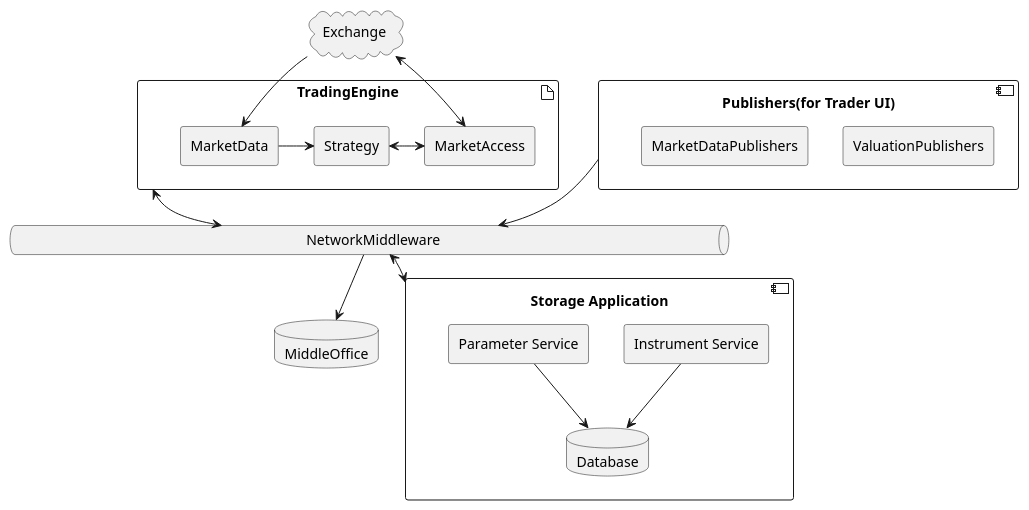
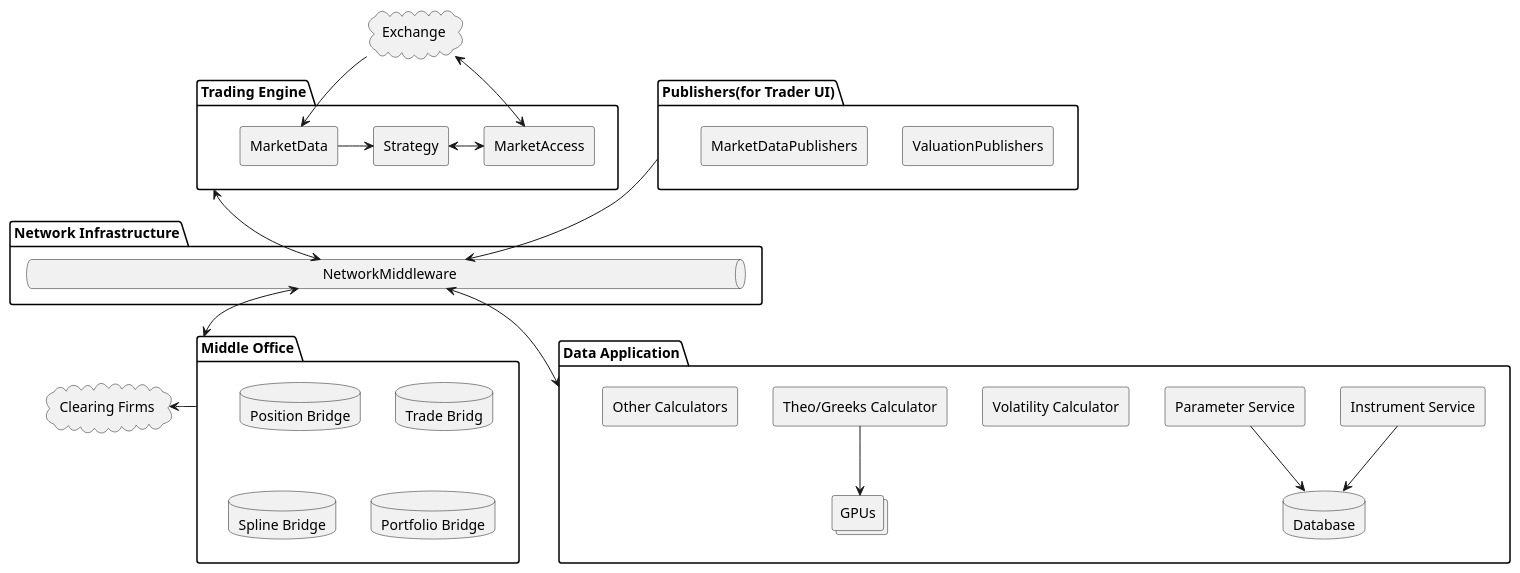
Before and after one commit to zhanghaowx/blog-escape: the diagram in assets/images/posts/2023-02-10-trading-platform-architecture-review/high-level-overview.plantuml, drawn with PlantUML. The commit also changed 4 other files, not shown here.

Commit message:
Update post draft "trading platform architecture review"

```diff
--- a/assets/images/posts/2023-02-10-trading-platform-architecture-review/high-level-overview.plantuml
+++ b/assets/images/posts/2023-02-10-trading-platform-architecture-review/high-level-overview.plantuml
@@ -1,39 +1,54 @@
 @startuml
 
 cloud Exchange
 
-artifact TradingEngine {
+package "Trading Engine" as TradingEngine {
   rectangle MarketAccess
   rectangle MarketData
   Rectangle Strategy
   
   MarketData -> Strategy
   Strategy <-> MarketAccess
   MarketAccess <-u-> Exchange
   MarketData <- Exchange
 }
 
-component "Publishers(for Trader UI)" as Publishers {
+package "Publishers(for Trader UI)" as Publishers {
   rectangle ValuationPublishers
   rectangle MarketDataPublishers
 }
 
-queue "\t\t\t\t\t\t\t\t\t\tNetworkMiddleware\t\t\t\t\t\t\t\t\t\t" as NetworkMiddleware
+package "Network Infrastructure" as NetworkInfrastructure {
+  queue "\t\t\t\t\t\t\t\t\t\tNetworkMiddleware\t\t\t\t\t\t\t\t\t\t" as NetworkMiddleware
+}
 
-component "Storage Application" as Database {
+package "Data Application" as Database {
   rectangle "Instrument Service" as InstrumentService
   rectangle "Parameter Service" as ParameterService
   database "Database" as DB
-  
+  rectangle "Volatility Calculator" as VolCalc
+  rectangle "Theo/Greeks Calculator" as TheoCalc
+  rectangle "Other Calculators" as OtherCalc
+  collections "GPUs"
+
   InstrumentService -d-> DB
   ParameterService -d-> DB
+  TheoCalc -d-> GPUs
 }
 
-database MiddleOffice
+package "Middle Office" as MiddleOffice {
+  database "Position Bridge"
+  database "Trade Bridg"
+  database "Spline Bridge"
+  database "Portfolio Bridge"
+}
+
+cloud "Clearing Firms" as Clearing
 
 Publishers -d-> NetworkMiddleware
 TradingEngine <-d-> NetworkMiddleware
-NetworkMiddleware -d-> MiddleOffice
+NetworkMiddleware <-d-> MiddleOffice
 NetworkMiddleware <-d-> Database
+MiddleOffice -l-> Clearing
 
 @enduml
```
